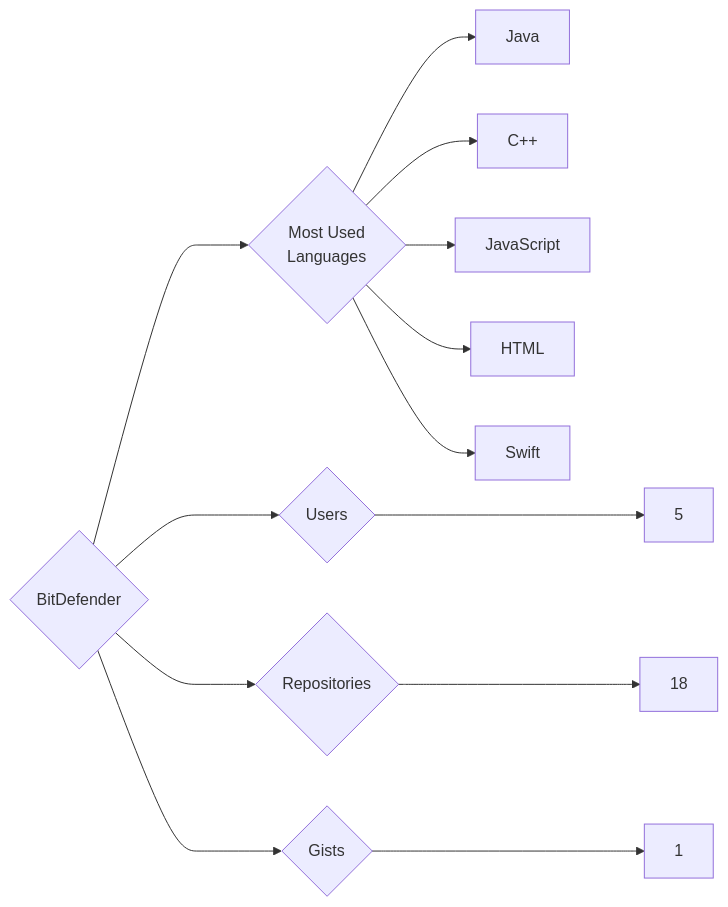
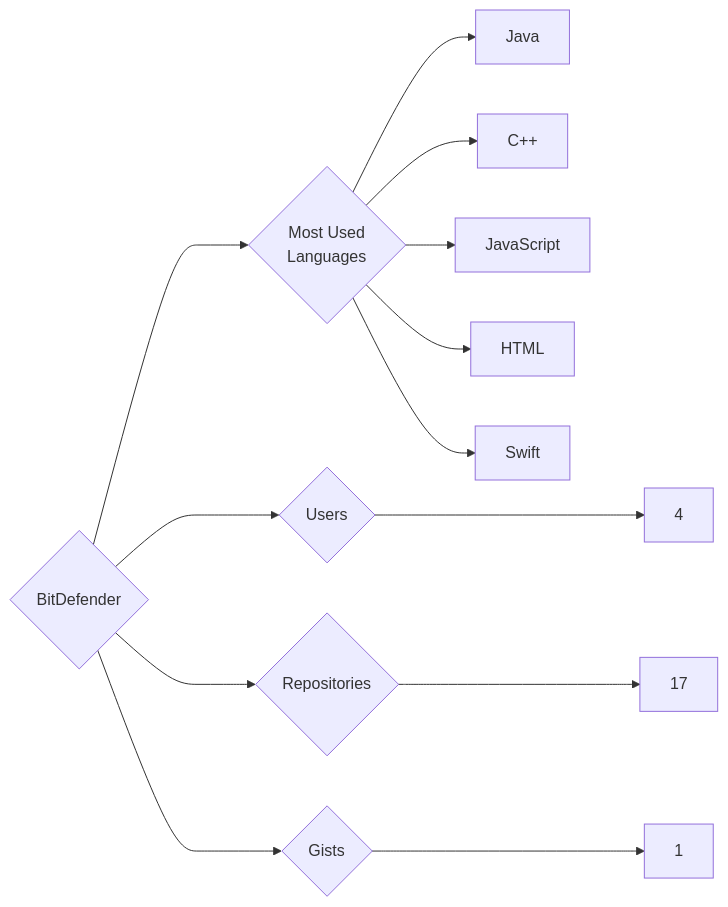
The diagram in targets/BitDefender/README.md (trickest/insiders), drawn with Mermaid before and after one commit. The commit also changed 618 other files, not shown here.

````diff
--- a/targets/BitDefender/README.md
+++ b/targets/BitDefender/README.md
@@ -3,13 +3,13 @@
 ```mermaid
 graph LR
 COMPANY_NAME{BitDefender}
-COMPANY_NAME ---> U{Users} ---> UN[5]
-COMPANY_NAME ---> R{Repositories} ---> RN[18]
+COMPANY_NAME ---> U{Users} ---> UN[4]
+COMPANY_NAME ---> R{Repositories} ---> RN[17]
 COMPANY_NAME ---> G{Gists} ---> GN[1]
 COMPANY_NAME ---> ML{Most Used<br>Languages}
 ML --> Java[Java]
 ML --> C++[C++]
 ML --> JavaScript[JavaScript]
 ML --> HTML[HTML]
 ML --> Swift[Swift]
 ```
````
